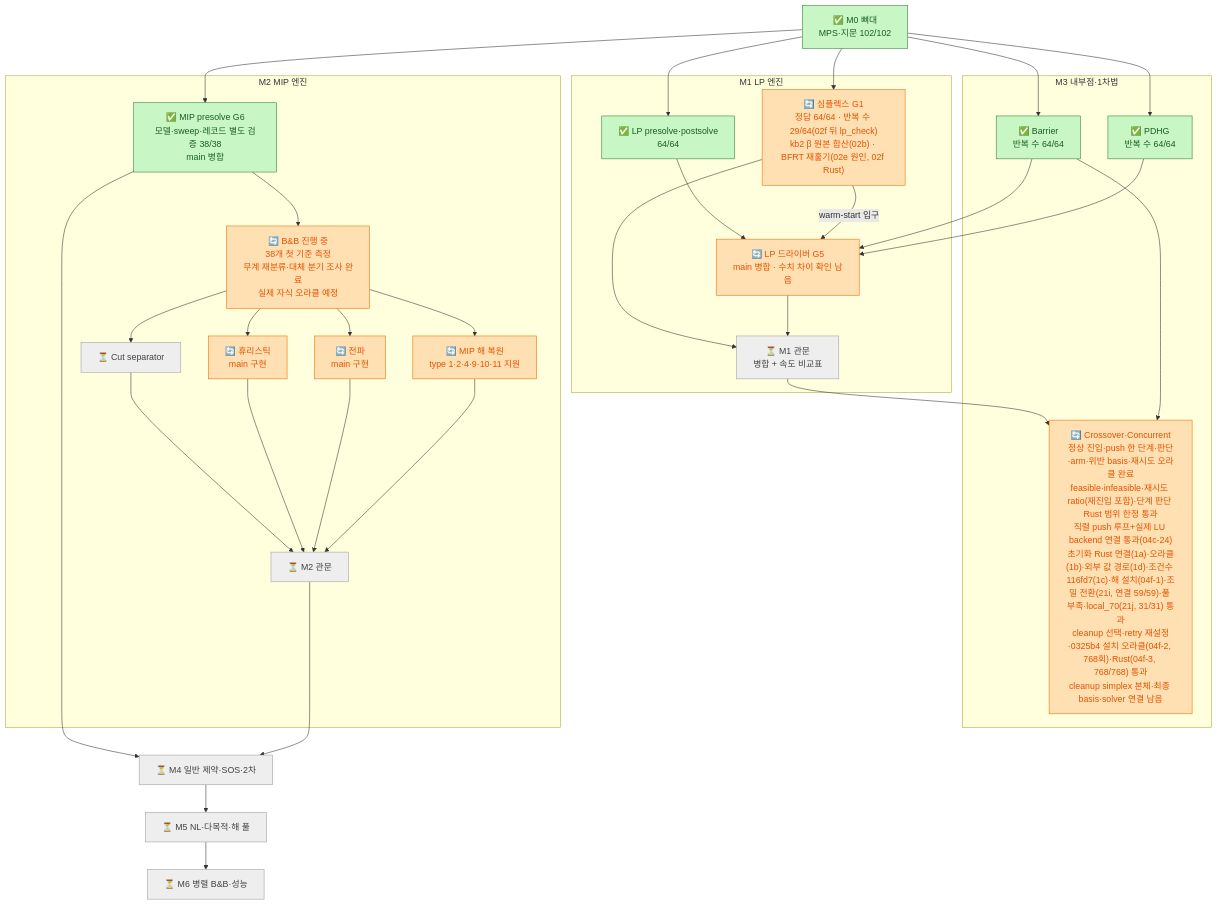
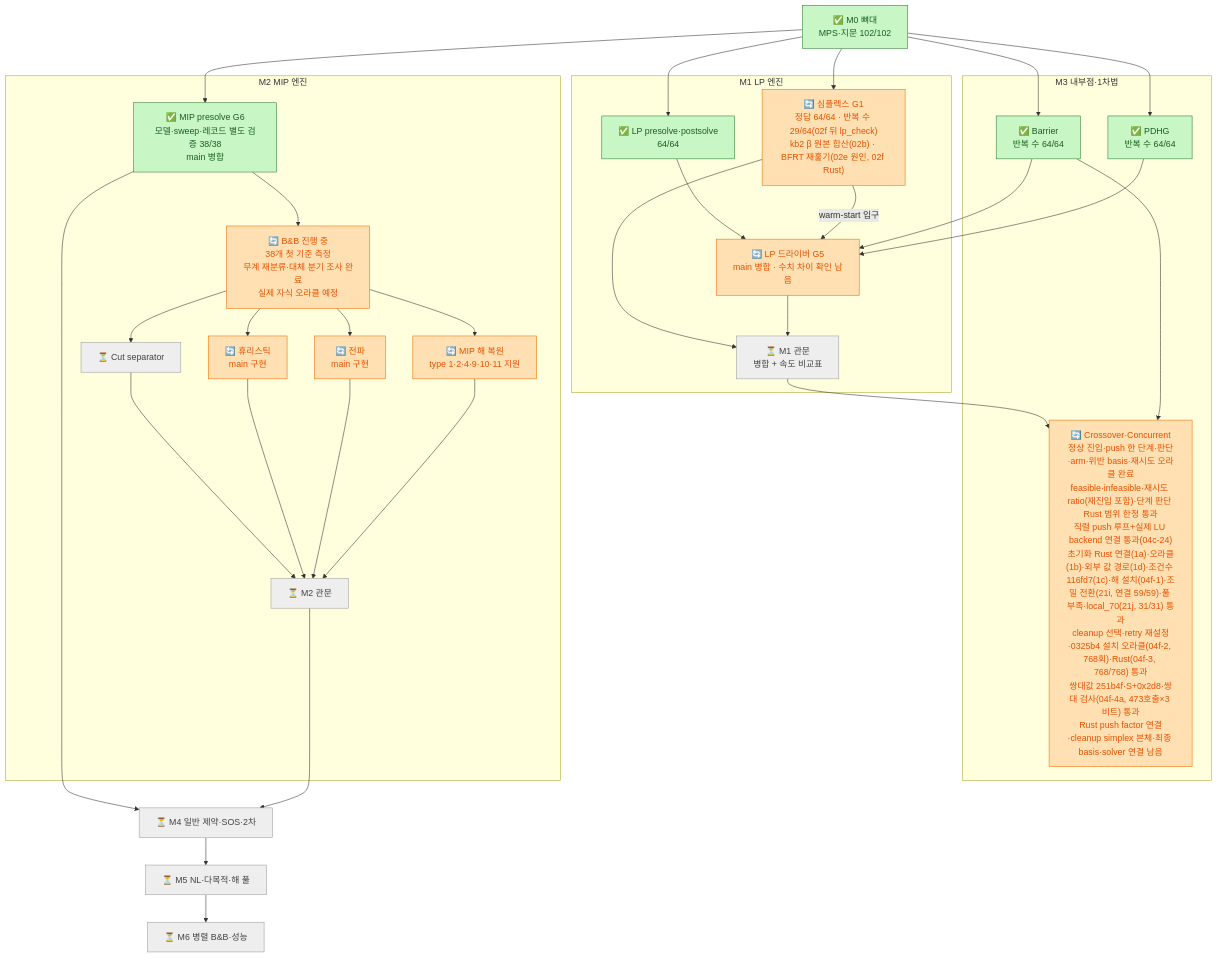
One commit to kjh278231/kerobi changed the diagram in docs/12_roadmap_diagram.md. Above: the diagram before and after it, drawn with Mermaid. The commit also changed other lines of this file and 7 other files, not shown here.

````diff
--- a/docs/12_roadmap_diagram.md
+++ b/docs/12_roadmap_diagram.md
@@ -221,49 +223,49 @@
 ```mermaid
 flowchart TD
     classDef done fill:#c8f7c5,stroke:#2e7d32,color:#1b5e20
     classDef doing fill:#ffe0b2,stroke:#ef6c00,color:#e65100
     classDef pending fill:#bbdefb,stroke:#1565c0,color:#0d47a1
     classDef todo fill:#eeeeee,stroke:#9e9e9e,color:#424242
 
     M0["✅ M0 뼈대<br/>MPS·지문 102/102"]:::done
 
     subgraph M1["M1 LP 엔진"]
         PRE["✅ LP presolve·postsolve<br/>64/64"]:::done
         SPX["🔄 심플렉스 G1<br/>정답 64/64 · 반복 수 29/64(02f 뒤 lp_check)<br/>kb2 β 원본 합산(02b) · BFRT 재훑기(02e 원인, 02f Rust)"]:::doing
         DRV["🔄 LP 드라이버 G5<br/>main 병합 · 수치 차이 확인 남음"]:::doing
         GATE1["⏳ M1 관문<br/>병합 + 속도 비교표"]:::todo
     end
 
     subgraph M3["M3 내부점·1차법"]
         BAR["✅ Barrier<br/>반복 수 64/64"]:::done
         PDHG["✅ PDHG<br/>반복 수 64/64"]:::done
-        XO["🔄 Crossover·Concurrent<br/>정상 진입·push 한 단계·판단·arm·위반 basis·재시도 오라클 완료<br/>feasible·infeasible·재시도 ratio(재진입 포함)·단계 판단 Rust 범위 한정 통과<br/>직렬 push 루프+실제 LU backend 연결 통과(04c-24)<br/>초기화 Rust 연결(1a)·오라클(1b)·외부 값 경로(1d)·조건수 116fd7(1c)·해 설치(04f-1)·조밀 전환(21i, 연결 59/59)·풀 부족·local_70(21j, 31/31) 통과<br/>cleanup 선택·retry 재설정·0325b4 설치 오라클(04f-2, 768회)·Rust(04f-3, 768/768) 통과<br/>cleanup simplex 본체·최종 basis·solver 연결 남음"]:::doing
+        XO["🔄 Crossover·Concurrent<br/>정상 진입·push 한 단계·판단·arm·위반 basis·재시도 오라클 완료<br/>feasible·infeasible·재시도 ratio(재진입 포함)·단계 판단 Rust 범위 한정 통과<br/>직렬 push 루프+실제 LU backend 연결 통과(04c-24)<br/>초기화 Rust 연결(1a)·오라클(1b)·외부 값 경로(1d)·조건수 116fd7(1c)·해 설치(04f-1)·조밀 전환(21i, 연결 59/59)·풀 부족·local_70(21j, 31/31) 통과<br/>cleanup 선택·retry 재설정·0325b4 설치 오라클(04f-2, 768회)·Rust(04f-3, 768/768) 통과<br/>쌍대값 251b4f·S+0x2d8·쌍대 검사(04f-4a, 473호출×3 비트) 통과<br/>Rust push factor 연결·cleanup simplex 본체·최종 basis·solver 연결 남음"]:::doing
     end
 
     subgraph M2["M2 MIP 엔진"]
         MPRE["✅ MIP presolve G6<br/>모델·sweep·레코드 별도 검증 38/38<br/>main 병합"]:::done
         BNB["🔄 B&B 진행 중<br/>38개 첫 기준 측정<br/>무계 재분류·대체 분기 조사 완료<br/>실제 자식 오라클 예정"]:::doing
         CUT["⏳ Cut separator"]:::todo
         HEU["🔄 휴리스틱<br/>main 구현"]:::doing
         PROP["🔄 전파<br/>main 구현"]:::doing
         POST["🔄 MIP 해 복원<br/>type 1·2·4·9·10·11 지원"]:::doing
         GATE2["⏳ M2 관문"]:::todo
     end
 
     M4["⏳ M4 일반 제약·SOS·2차"]:::todo
     M5["⏳ M5 NL·다목적·해 풀"]:::todo
     M6["⏳ M6 병렬 B&B·성능"]:::todo
 
     M0 --> PRE & SPX & BAR & PDHG & MPRE
     PRE --> DRV
     BAR & PDHG --> DRV
     SPX -- "warm-start 입구" --> DRV
     SPX & DRV --> GATE1
     GATE1 --> XO
     BAR --> XO
     MPRE --> BNB
     BNB --> CUT & HEU & PROP & POST
     CUT & HEU & PROP & POST --> GATE2
     MPRE --> M4
     GATE2 --> M4 --> M5 --> M6
 ```
````
